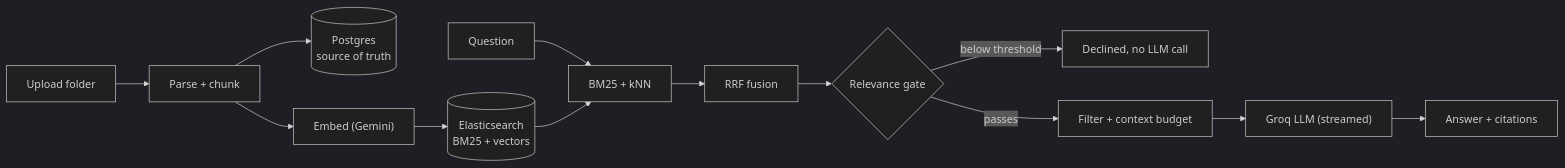
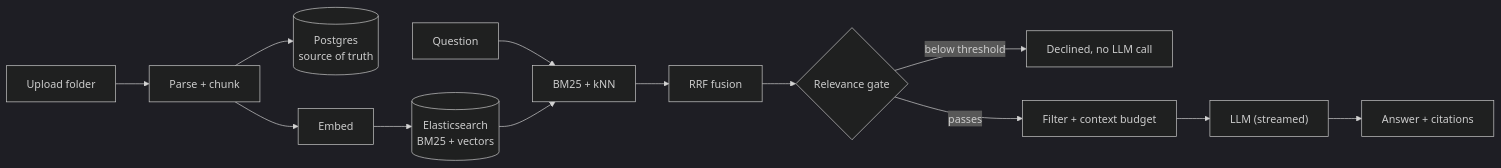
One commit to Shashank8602/DevDocs changed the diagram in README.md. Above: the diagram before and after it, drawn with Mermaid (dark theme). The commit also changed other lines of this file, not shown here.

````diff
--- a/README.md
+++ b/README.md
@@ -35,10 +35,10 @@
 ```mermaid
 flowchart LR
     U["Upload folder"] --> I["Parse + chunk"]
     I --> PG[("Postgres<br/>source of truth")]
-    I --> E["Embed (Gemini)"] --> ES[("Elasticsearch<br/>BM25 + vectors")]
+    I --> E["Embed"] --> ES[("Elasticsearch<br/>BM25 + vectors")]
     Q["Question"] --> R["BM25 + kNN"] --> F["RRF fusion"] --> G{"Relevance gate"}
     ES --> R
     G -- "below threshold" --> N["Declined, no LLM call"]
-    G -- "passes" --> P["Filter + context budget"] --> L["Groq LLM (streamed)"] --> A["Answer + citations"]
+    G -- "passes" --> P["Filter + context budget"] --> L["LLM (streamed)"] --> A["Answer + citations"]
 ```
````
